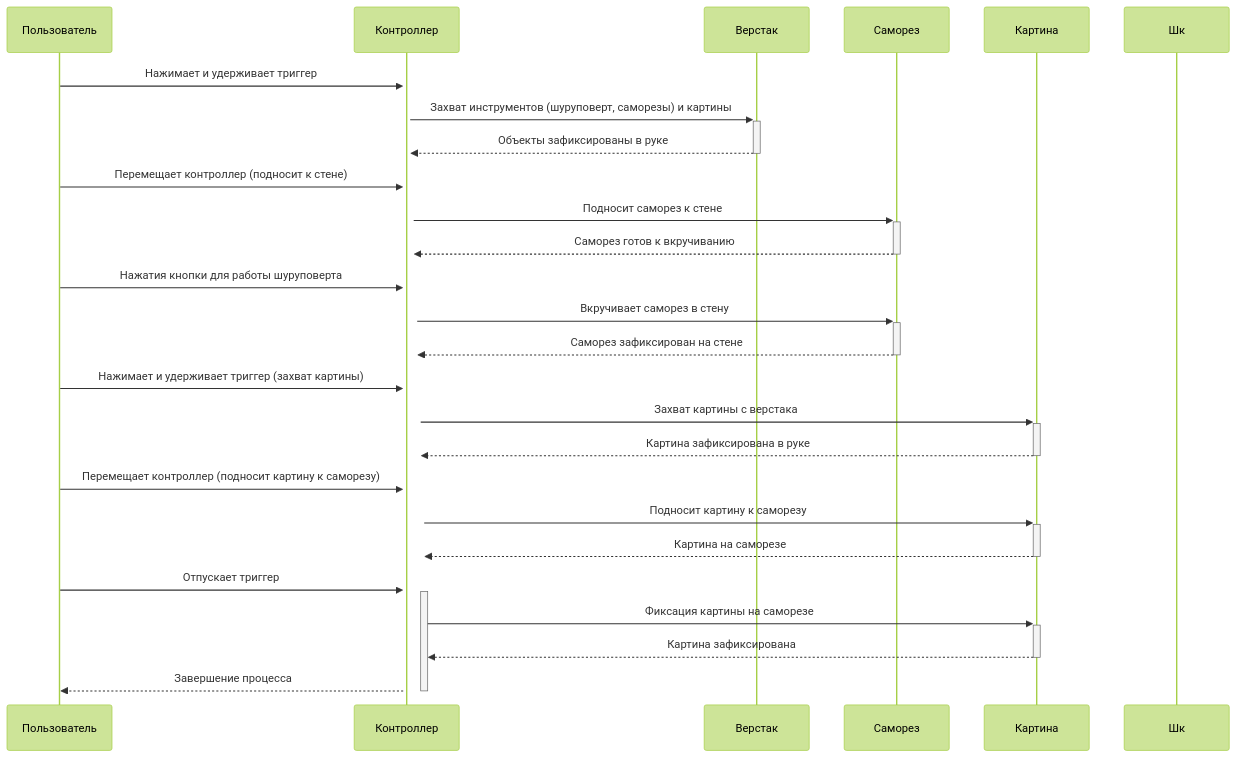
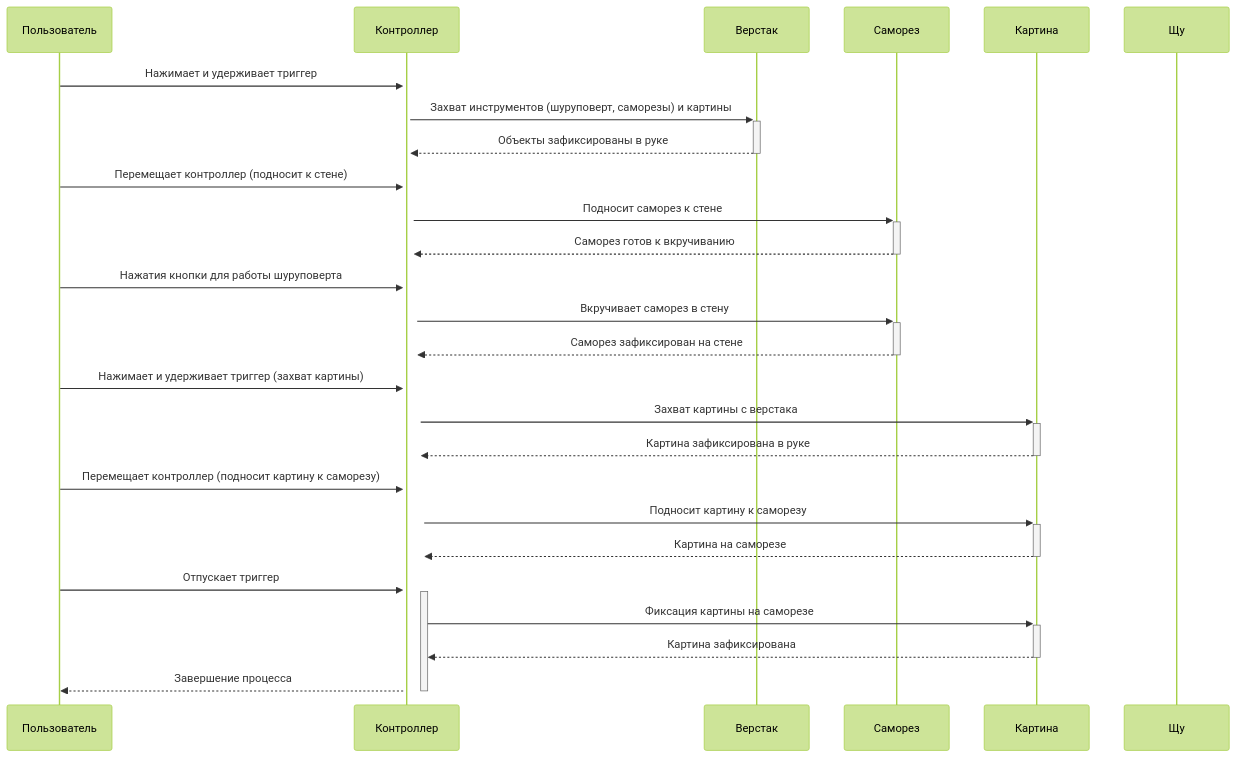
One commit to NerdyCep/iodraw-files changed the diagram in all/не называться-1.md. Above: the diagram before and after it, drawn with Mermaid (forest theme).

Commit message:
2025-02-25 18:25:26 update

````diff
--- a/all/не называться-1.md
+++ b/all/не называться-1.md
@@ -1,29 +1,29 @@
 ```mermaid
 sequenceDiagram
     participant Пользователь
     participant Контроллер
     participant Верстак
     participant Саморез
     participant Картина
-     participant Шк
+     participant Щу
 
     Пользователь->>+Контроллер: Нажимает и удерживает триггер
     Контроллер->>+Верстак: Захват инструментов (шуруповерт, саморезы) и картины
     Верстак-->>-Контроллер: Объекты зафиксированы в руке
     Пользователь->>+Контроллер: Перемещает контроллер (подносит к стене)
     Контроллер->>+Саморез: Подносит саморез к стене
     Саморез-->>-Контроллер: Саморез готов к вкручиванию
     Пользователь->>+Контроллер: Нажатия кнопки для работы шуруповерта
     Контроллер->>+Саморез: Вкручивает саморез в стену
     Саморез-->>-Контроллер: Саморез зафиксирован на стене
     Пользователь->>+Контроллер: Нажимает и удерживает триггер (захват картины)
     Контроллер->>+Картина: Захват картины с верстака
     Картина-->>-Контроллер: Картина зафиксирована в руке
     Пользователь->>+Контроллер: Перемещает контроллер (подносит картину к саморезу)
     Контроллер->>+Картина: Подносит картину к саморезу
     Картина-->>-Контроллер: Картина на саморезе
     Пользователь->>+Контроллер: Отпускает триггер
     Контроллер->>+Картина: Фиксация картины на саморезе
     Картина-->>-Контроллер: Картина зафиксирована
     Контроллер-->>-Пользователь: Завершение процесса
 ```
````
